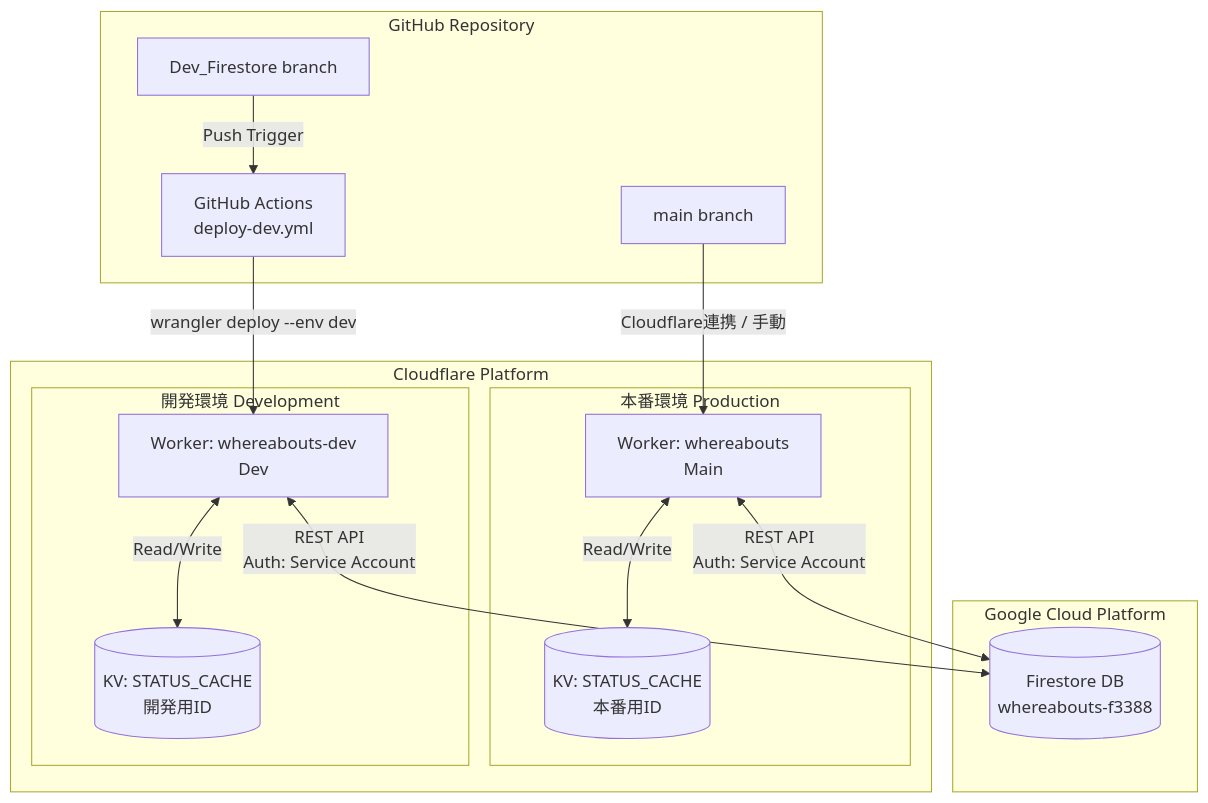
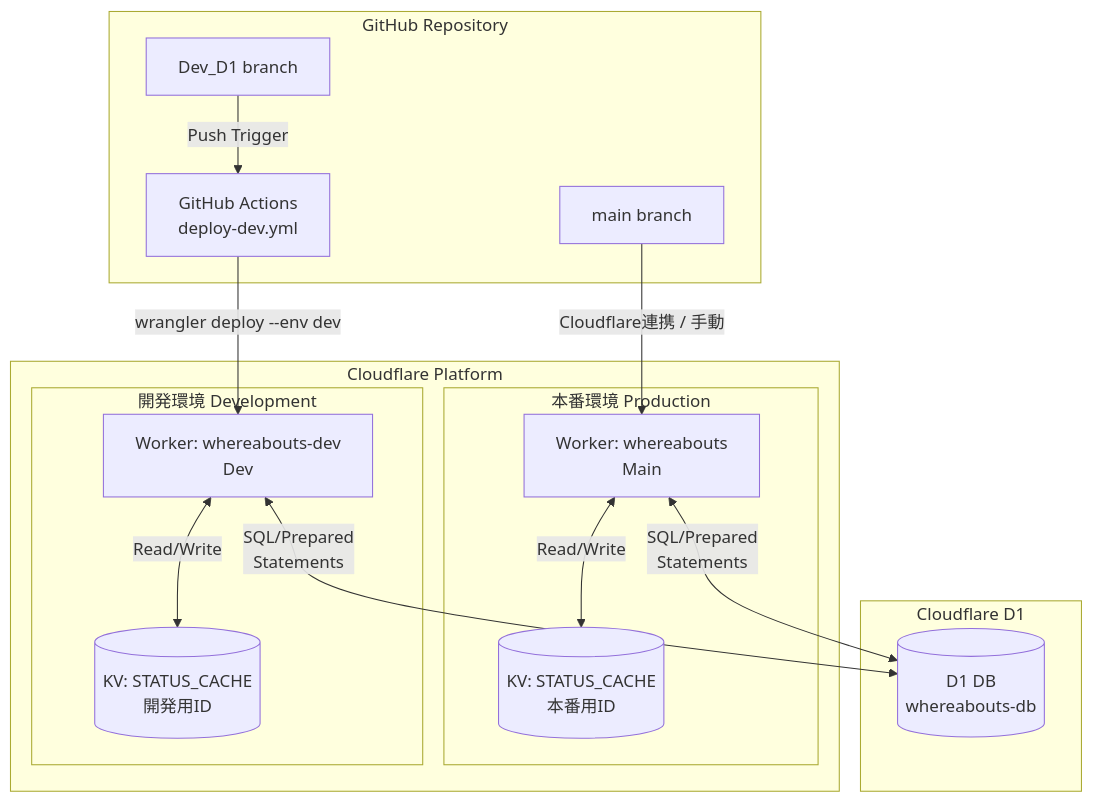
One commit to takahiyo/whereabouts changed the diagram in docs/SYSTEM_ARCHITECTURE.md. Above: the diagram before and after it, drawn with Mermaid. The commit also changed other lines of this file and 13 other files, not shown here.

````diff
--- a/docs/SYSTEM_ARCHITECTURE.md
+++ b/docs/SYSTEM_ARCHITECTURE.md
@@ -15,36 +15,36 @@
 ```mermaid
 graph TD
     subgraph GitHub [GitHub Repository]
         MainBranch[main branch]
-        DevBranch[Dev_Firestore branch]
+        DevBranch[Dev_D1 branch]
         Action[GitHub Actions<br/>deploy-dev.yml]
     end
 
     subgraph CF [Cloudflare Platform]
         subgraph Prod [本番環境 Production]
             ProdWorker[Worker: whereabouts<br/>Main]
             ProdKV[(KV: STATUS_CACHE<br/>本番用ID)]
         end
         
         subgraph Dev [開発環境 Development]
             DevWorker[Worker: whereabouts-dev<br/>Dev]
             DevKV[(KV: STATUS_CACHE<br/>開発用ID)]
         end
     end
 
-    subgraph DB [Google Cloud Platform]
-        Firestore[(Firestore DB<br/>whereabouts-f3388)]
+    subgraph DB [Cloudflare D1]
+        D1[(D1 DB<br/>whereabouts-db)]
     end
 
     %% Deployment Flows
     MainBranch -->|Cloudflare連携 / 手動| ProdWorker
     DevBranch -->|Push Trigger| Action
     Action -->|wrangler deploy --env dev| DevWorker
     
     %% Data Flows
     ProdWorker <-->|Read/Write| ProdKV
     DevWorker <-->|Read/Write| DevKV
     
-    ProdWorker <-->|REST API<br/>Auth: Service Account| Firestore
-    DevWorker <-->|REST API<br/>Auth: Service Account| Firestore
+    ProdWorker <-->|SQL/Prepared<br/>Statements| D1
+    DevWorker <-->|SQL/Prepared<br/>Statements| D1
 ```
````
